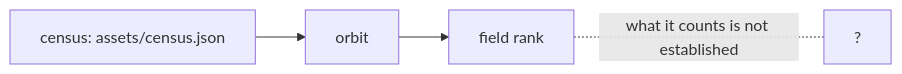
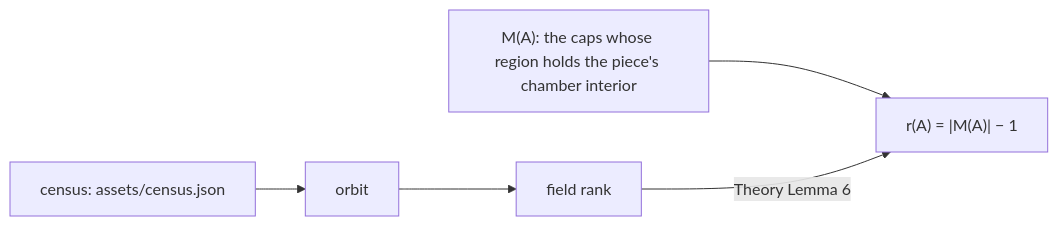
The diagram in docs/progress/1.0/glossary/diagrams/census-rank.mmd (KonomiYuzu01/Magic-600-Cell), drawn with Mermaid before and after one commit. The commit also changed 40 other files, not shown here.

```diff
--- a/docs/progress/1.0/glossary/diagrams/census-rank.mmd
+++ b/docs/progress/1.0/glossary/diagrams/census-rank.mmd
@@ -1,4 +1,5 @@
 flowchart LR
   C[census: assets/census.json] --> O[orbit]
   O --> R[field rank]
-  R -. what it counts is not established .- Q[?]
+  M["M(A): the caps whose region holds the piece's chamber interior"] --> E["r(A) = #124;M(A)#124; − 1"]
+  R -->|Theory Lemma 6| E
```
